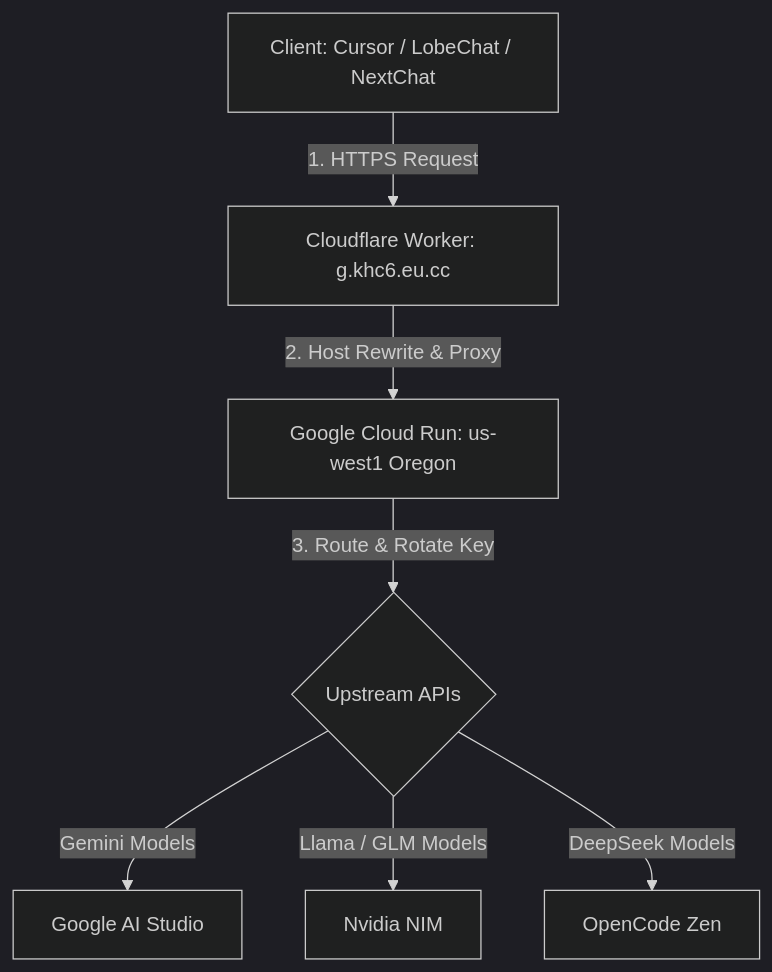
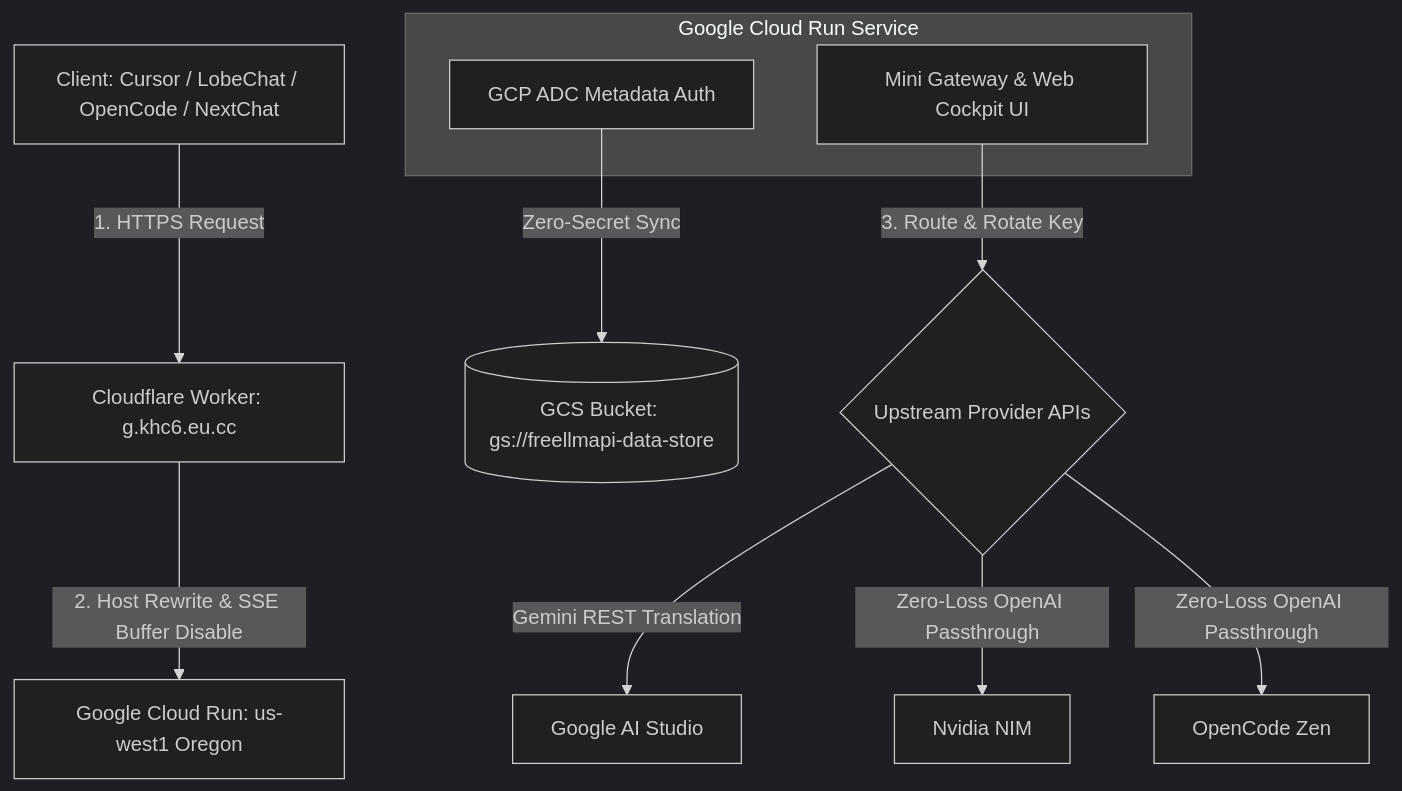
Before and after one commit to khc8655/freellmapi: the diagram in README.md, drawn with Mermaid (dark theme). The commit also changed other lines of this file, not shown here.

Commit message:
docs: update README.md with Web Cockpit, GCS ADC persistence, and test guides

````diff
--- a/README.md
+++ b/README.md
@@ -11,10 +13,18 @@
 ```mermaid
 graph TD
-    Client[Client: Cursor / LobeChat / NextChat] 
+    Client[Client: Cursor / LobeChat / OpenCode / NextChat] 
     -->|1. HTTPS Request| CF[Cloudflare Worker: g.khc6.eu.cc]
-    CF -->|2. Host Rewrite & Proxy| GCR[Google Cloud Run: us-west1 Oregon]
-    GCR -->|3. Route & Rotate Key| Upstream{Upstream APIs}
-    Upstream -->|Gemini Models| Google[Google AI Studio]
-    Upstream -->|Llama / GLM Models| Nvidia[Nvidia NIM]
-    Upstream -->|DeepSeek Models| OpenCode[OpenCode Zen]
+    CF -->|2. Host Rewrite & SSE Buffer Disable| GCR[Google Cloud Run: us-west1 Oregon]
+    
+    subgraph Google Cloud Run Service
+        Gateway[Mini Gateway & Web Cockpit UI]
+        ADC[GCP ADC Metadata Auth]
+    end
+
+    ADC -->|Zero-Secret Sync| GCS[(GCS Bucket: gs://freellmapi-data-store)]
+
+    Gateway -->|3. Route & Rotate Key| Upstream{Upstream Provider APIs}
+    Upstream -->|Gemini REST Translation| Google[Google AI Studio]
+    Upstream -->|Zero-Loss OpenAI Passthrough| Nvidia[Nvidia NIM]
+    Upstream -->|Zero-Loss OpenAI Passthrough| OpenCode[OpenCode Zen]
 ```
````
